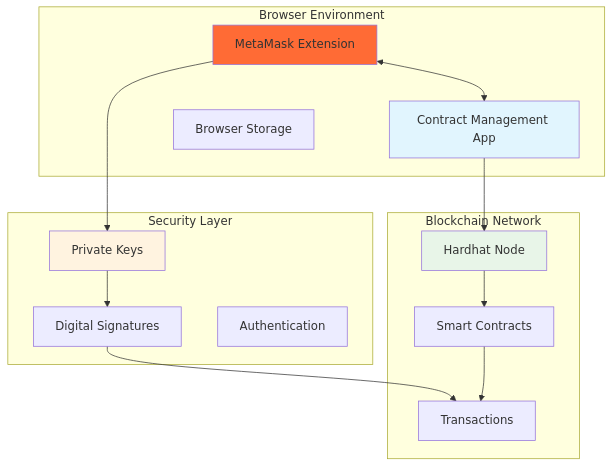
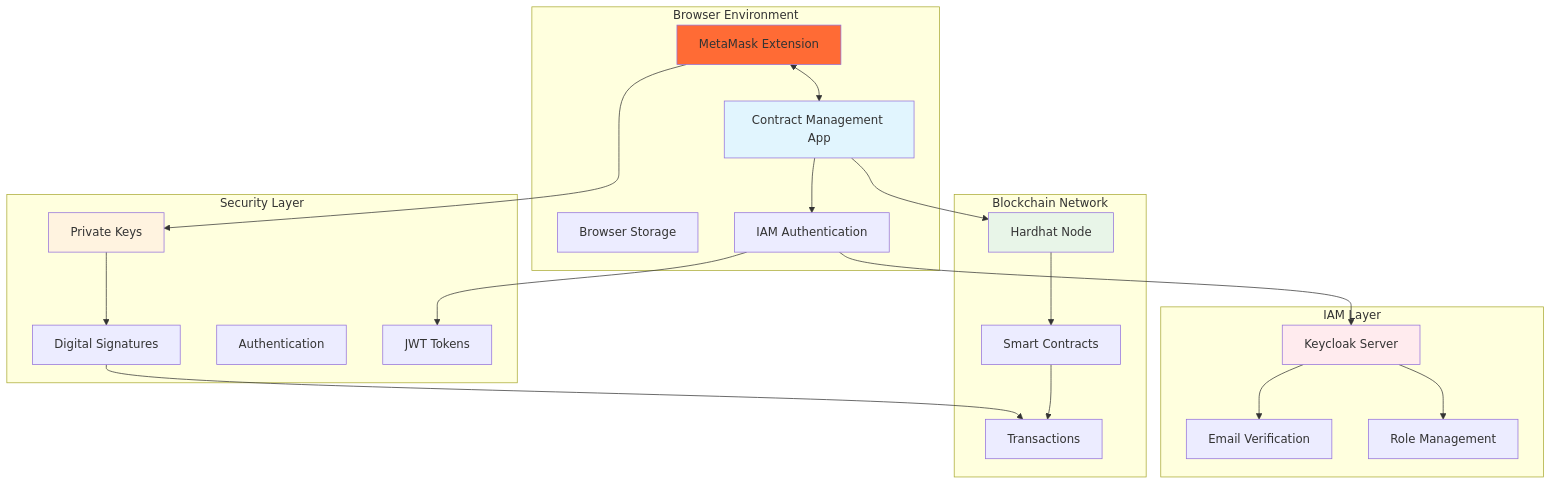
One commit to gitmujoshi/Confidential-AI-Network changed the first of 7 diagrams in WALLET_GUIDE.md. Above: the diagram before and after it, drawn with Mermaid. The commit also changed other lines of this file and 6 other files, not shown here.

First line of the commit message:
docs: update all documentation with Keycloak IAM integration features

````diff
--- a/WALLET_GUIDE.md
+++ b/WALLET_GUIDE.md
@@ -20,33 +20,47 @@
 ```mermaid
 graph TB
     subgraph "Browser Environment"
         EXT[MetaMask Extension]
         APP[Contract Management App]
         BROWSER[Browser Storage]
+        IAM[IAM Authentication]
     end
     
     subgraph "Blockchain Network"
         BC[Hardhat Node]
         SC[Smart Contracts]
         TX[Transactions]
     end
     
     subgraph "Security Layer"
         PK[Private Keys]
         SIG[Digital Signatures]
         AUTH[Authentication]
+        JWT[JWT Tokens]
+    end
+    
+    subgraph "IAM Layer"
+        KC[Keycloak Server]
+        EMAIL[Email Verification]
+        RBAC[Role Management]
     end
     
     EXT <--> APP
     EXT --> PK
     PK --> SIG
     SIG --> TX
     APP --> BC
+    APP --> IAM
+    IAM --> JWT
+    IAM --> KC
+    KC --> EMAIL
+    KC --> RBAC
     BC --> SC
     SC --> TX
     
     style EXT fill:#ff6b35
     style APP fill:#e1f5fe
     style BC fill:#e8f5e8
     style PK fill:#fff3e0
+    style KC fill:#ffebee
 ```
````
